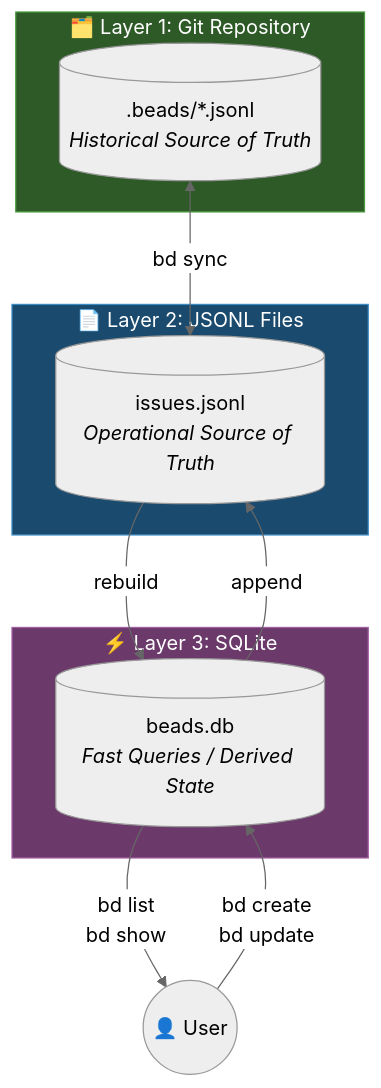
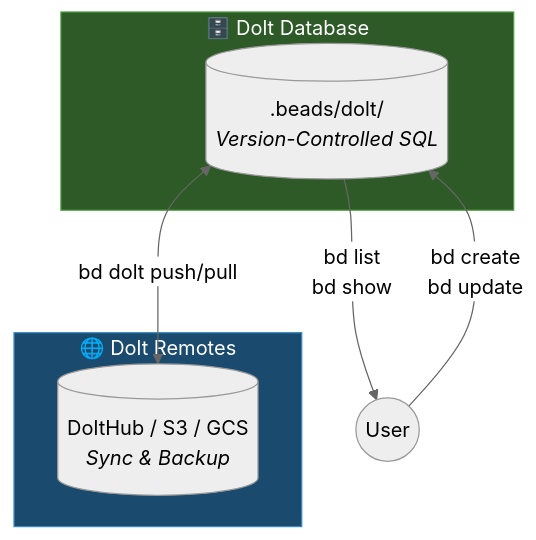
Before and after one commit to marcodelpin/beads: the diagram in website/docs/architecture/index.md, drawn with Mermaid (neutral theme). The commit also changed other lines of this file and 72 other files, not shown here.

````diff
--- a/website/docs/architecture/index.md
+++ b/website/docs/architecture/index.md
@@ -15,25 +15,18 @@
 ```mermaid
 flowchart TD
-    subgraph GIT["🗂️ Layer 1: Git Repository"]
-        G[(".beads/*.jsonl<br/><i>Historical Source of Truth</i>")]
+    subgraph DOLT["🗄️ Dolt Database"]
+        D[(".beads/dolt/<br/><i>Version-Controlled SQL</i>")]
     end
 
-    subgraph JSONL["📄 Layer 2: JSONL Files"]
-        J[("issues.jsonl<br/><i>Operational Source of Truth</i>")]
+    subgraph REMOTE["🌐 Dolt Remotes"]
+        R[("DoltHub / S3 / GCS<br/><i>Sync & Backup</i>")]
     end
 
-    subgraph SQL["⚡ Layer 3: SQLite"]
-        D[("beads.db<br/><i>Fast Queries / Derived State</i>")]
-    end
+    D <-->|"bd dolt push/pull"| R
 
-    G <-->|"bd sync"| J
-    J -->|"rebuild"| D
-    D -->|"append"| J
-
-    U((👤 User)) -->|"bd create<br/>bd update"| D
+    U((User)) -->|"bd create<br/>bd update"| D
     D -->|"bd list<br/>bd show"| U
 
-    style GIT fill:#2d5a27,stroke:#4a9c3e,color:#fff
-    style JSONL fill:#1a4a6e,stroke:#3a8ac4,color:#fff
-    style SQL fill:#6b3a6b,stroke:#a45ea4,color:#fff
+    style DOLT fill:#2d5a27,stroke:#4a9c3e,color:#fff
+    style REMOTE fill:#1a4a6e,stroke:#3a8ac4,color:#fff
 ```
````
